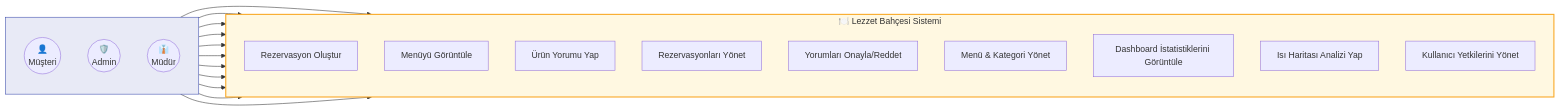
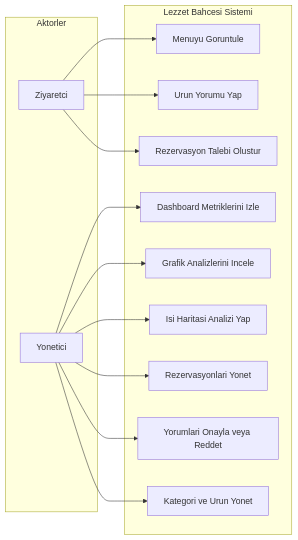
Before and after one commit to yelda-batti0/DinaRestaurant-PostgreSQL: the tenth of 10 diagrams in README.md, drawn with Mermaid. The commit also changed other lines of this file, not shown here.

````diff
--- a/README.md
+++ b/README.md
@@ -731,39 +662,29 @@
 ```mermaid
 flowchart LR
-    subgraph Actors[" "]
-        direction TB
-        A1(("👤<br/>Müşteri"))
-        A2(("🛡️<br/>Admin"))
-        A3(("👔<br/>Müdür"))
+    subgraph AK["Aktorler"]
+        A1["Ziyaretci"]
+        A2["Yonetici"]
     end
 
-    subgraph System["🍽️ Lezzet Bahçesi Sistemi"]
-        direction TB
-        UC1["Rezervasyon Oluştur"]
-        UC2["Menüyü Görüntüle"]
-        UC3["Ürün Yorumu Yap"]
-        UC4["Rezervasyonları Yönet"]
-        UC5["Yorumları Onayla/Reddet"]
-        UC6["Menü & Kategori Yönet"]
-        UC7["Dashboard İstatistiklerini Görüntüle"]
-        UC8["Isı Haritası Analizi Yap"]
-        UC9["Kullanıcı Yetkilerini Yönet"]
+    subgraph SYS["Lezzet Bahcesi Sistemi"]
+        UC1["Menuyu Goruntule"]
+        UC2["Urun Yorumu Yap"]
+        UC3["Rezervasyon Talebi Olustur"]
+        UC4["Dashboard Metriklerini Izle"]
+        UC5["Grafik Analizlerini Incele"]
+        UC6["Isi Haritasi Analizi Yap"]
+        UC7["Rezervasyonlari Yonet"]
+        UC8["Yorumlari Onayla veya Reddet"]
+        UC9["Kategori ve Urun Yonet"]
     end
 
     A1 --> UC1
     A1 --> UC2
     A1 --> UC3
-
     A2 --> UC4
     A2 --> UC5
     A2 --> UC6
     A2 --> UC7
+    A2 --> UC8
     A2 --> UC9
-
-    A3 --> UC7
-    A3 --> UC8
-    A3 --> UC4
-
-    style System fill:#fff8e1,stroke:#f9a825,stroke-width:2px
-    style Actors fill:#e8eaf6,stroke:#3949ab
 ```
````
